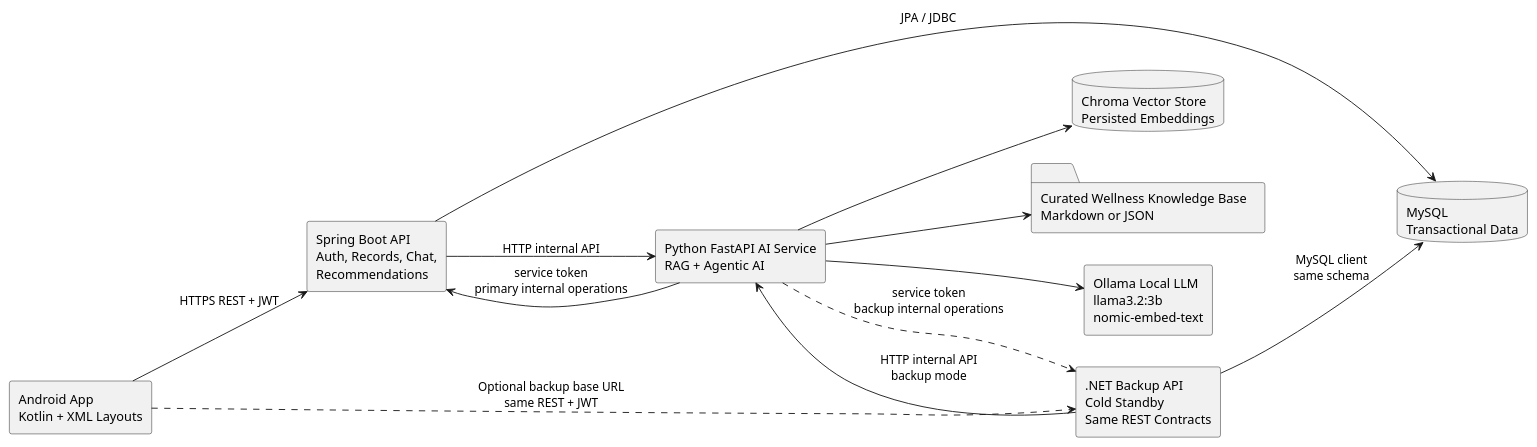
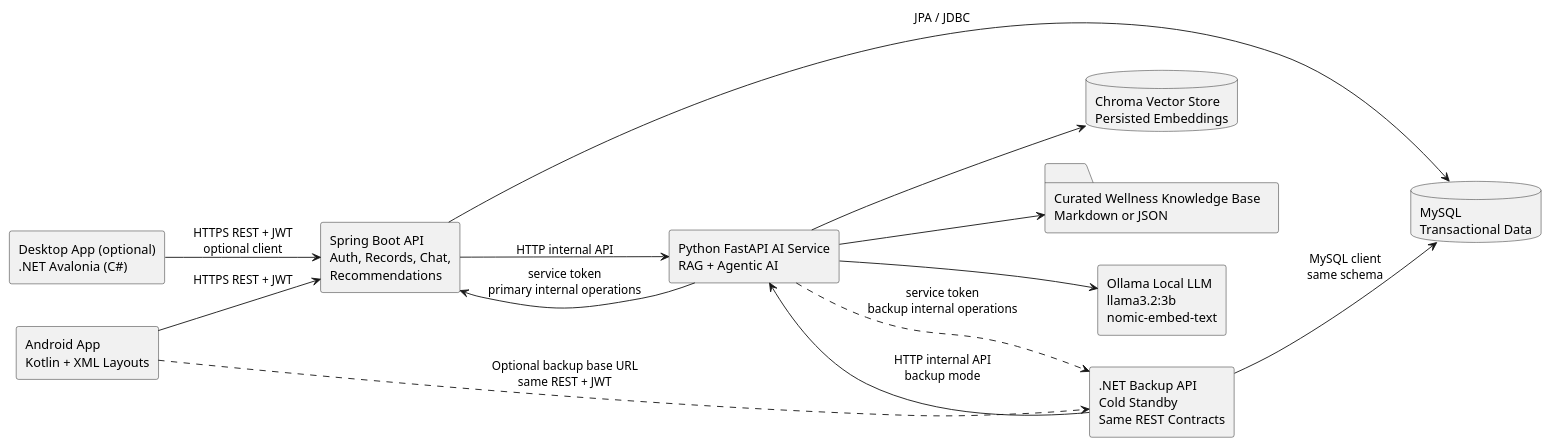
Before and after one commit to SA62-team4/mobile-application-dev-ca: the first of 6 diagrams in docs/specs/04-plan-system-architecture.md, drawn with PlantUML. The commit also changed other lines of this file and 51 other files, not shown here.

First line of the commit message:
Add optional .NET (Avalonia) desktop client (REQ-21)

````diff
--- a/docs/specs/04-plan-system-architecture.md
+++ b/docs/specs/04-plan-system-architecture.md
@@ -15,26 +15,28 @@
 ```plantuml
 @startuml
 left to right direction
 
 rectangle "Android App\nKotlin + XML Layouts" as Android
+rectangle "Desktop App (optional)\n.NET Avalonia (C#)" as Desktop
 rectangle "Spring Boot API\nAuth, Records, Chat,\nRecommendations" as Backend
 rectangle ".NET Backup API\nCold Standby\nSame REST Contracts" as DotNet
 database "MySQL\nTransactional Data" as MySQL
 rectangle "Python FastAPI AI Service\nRAG + Agentic AI" as AI
 database "Chroma Vector Store\nPersisted Embeddings" as Chroma
 folder "Curated Wellness Knowledge Base\nMarkdown or JSON" as KB
 rectangle "Ollama Local LLM\nllama3.2:3b\nnomic-embed-text" as Ollama
 
 Android --> Backend : HTTPS REST + JWT
+Desktop --> Backend : HTTPS REST + JWT\noptional client
 Android ..> DotNet : Optional backup base URL\nsame REST + JWT
 Backend --> MySQL : JPA / JDBC
 DotNet --> MySQL : MySQL client\nsame schema
 Backend --> AI : HTTP internal API
 DotNet --> AI : HTTP internal API\nbackup mode
 AI --> Chroma
 AI --> KB
 AI --> Ollama
 AI --> Backend : service token\nprimary internal operations
 AI ..> DotNet : service token\nbackup internal operations
 @enduml
 ```
````
